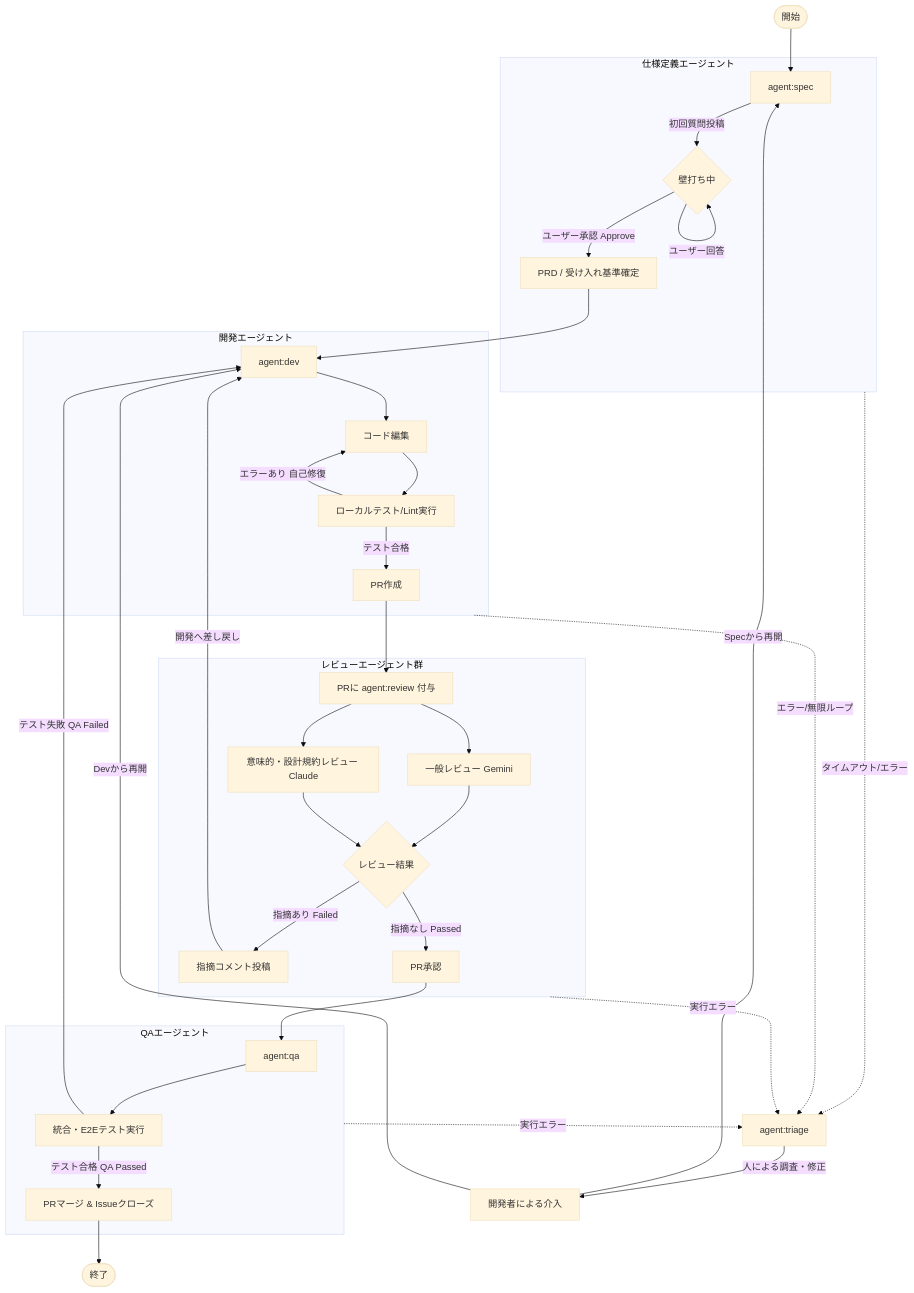
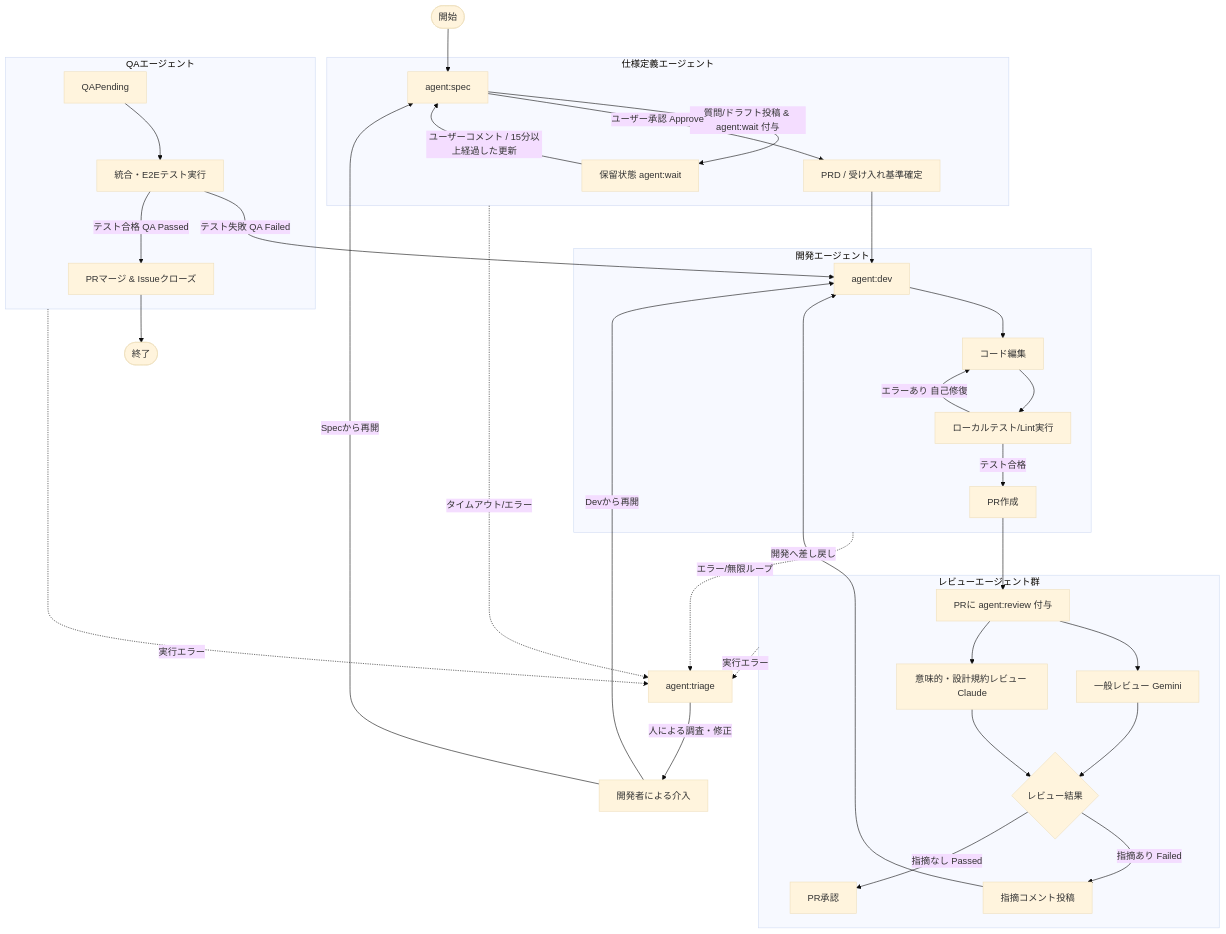
One commit to k-wa-wa/nuage-agent changed the diagram in README.md. Above: the diagram before and after it, drawn with Mermaid (base theme). The commit also changed other lines of this file and 13 other files, not shown here.

````diff
--- a/README.md
+++ b/README.md
@@ -26,52 +26,50 @@
 ```mermaid
 flowchart TD
     Start([開始]) --> SpecPending[agent:spec]
     
     subgraph SpecAgent [仕様定義エージェント]
-        SpecPending --> |初回質問投稿| SpecClarifying{壁打ち中}
-        SpecClarifying --> |ユーザー回答| SpecClarifying
-        SpecClarifying --> |ユーザー承認 Approve| SpecApproved[PRD / 受け入れ基準確定]
+        SpecPending --> |質問/ドラフト投稿 & agent:wait 付与| SpecWait[保留状態 agent:wait]
+        SpecWait --> |ユーザーコメント / 15分以上経過した更新| SpecPending
+        SpecPending --> |ユーザー承認 Approve| SpecApproved[PRD / 受け入れ基準確定]
     end
     
     SpecApproved --> DevPending[agent:dev]
     
     subgraph DevAgent [開発エージェント]
         DevPending --> Coding[コード編集]
         Coding --> LocalTest[ローカルテスト/Lint実行]
         LocalTest --> |エラーあり 自己修復| Coding
         LocalTest --> |テスト合格| CreatePR[PR作成]
     end
     
     CreatePR --> ReviewPending[PRに agent:review 付与]
     
     subgraph ReviewAgents [レビューエージェント群]
         ReviewPending --> GeneralReview[一般レビュー Gemini]
         ReviewPending --> SemanticReview[意味的・設計規約レビュー Claude]
         GeneralReview --> ReviewResult{レビュー結果}
         SemanticReview --> ReviewResult
         ReviewResult --> |指摘あり Failed| RejectReview[指摘コメント投稿]
         ReviewResult --> |指摘なし Passed| ApproveReview[PR承認]
     end
     
     RejectReview --> |開発へ差し戻し| DevPending
     
-    ApproveReview --> QAPending[agent:qa]
-    
     subgraph QAAgent [QAエージェント]
         QAPending --> QATesting[統合・E2Eテスト実行]
         QATesting --> |テスト失敗 QA Failed| DevPending
         QATesting --> |テスト合格 QA Passed| MergePR[PRマージ & Issueクローズ]
     end
     
     MergePR --> End([終了])
     
     %% 監視・エラーハンドリング
     SpecAgent -.-> |タイムアウト/エラー| Triage[agent:triage]
     DevAgent -.-> |エラー/無限ループ| Triage
     ReviewAgents -.-> |実行エラー| Triage
     QAAgent -.-> |実行エラー| Triage
     
     Triage --> |人による調査・修正| Developer[開発者による介入]
     Developer --> |Specから再開| SpecPending
     Developer --> |Devから再開| DevPending
 ```
````
